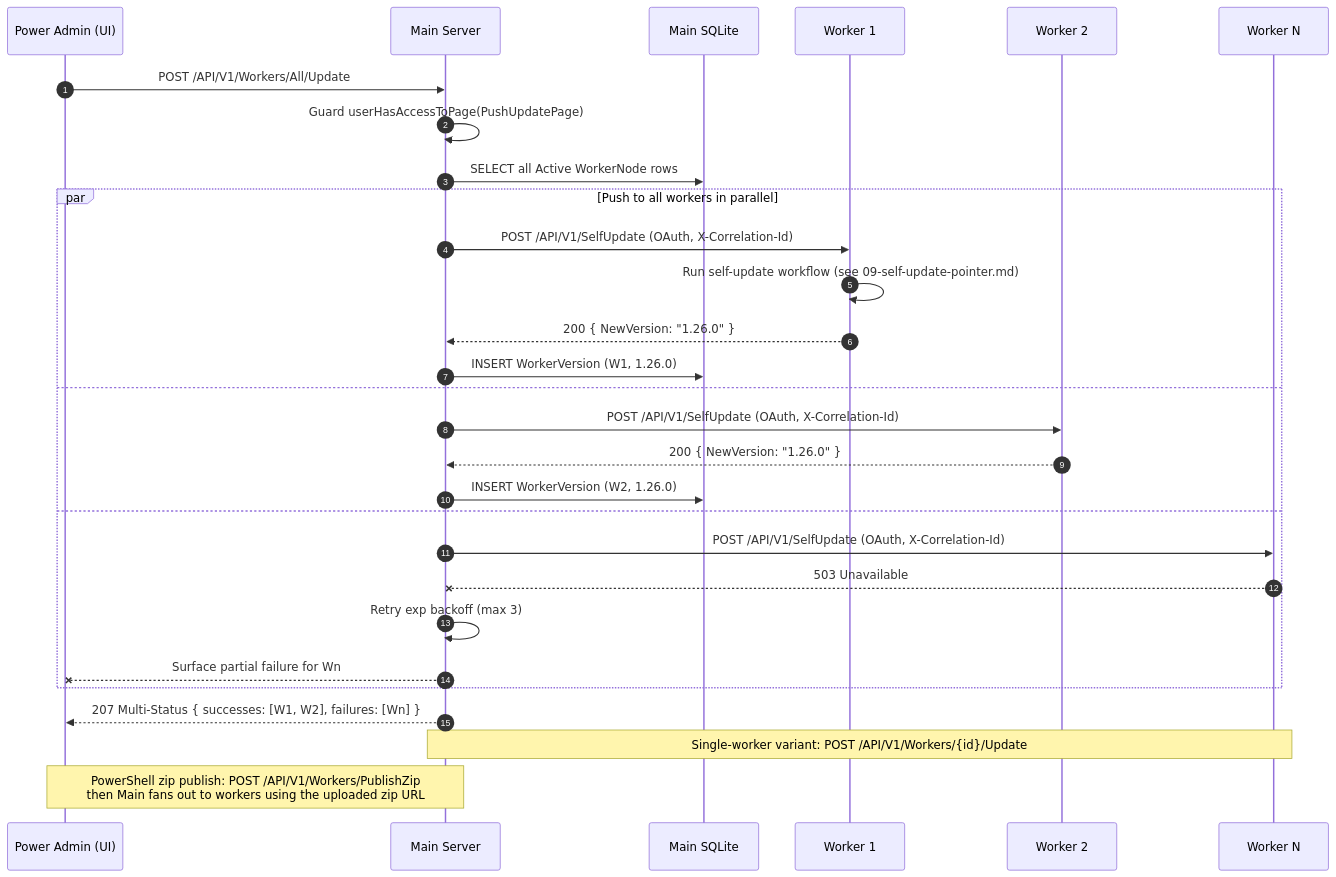
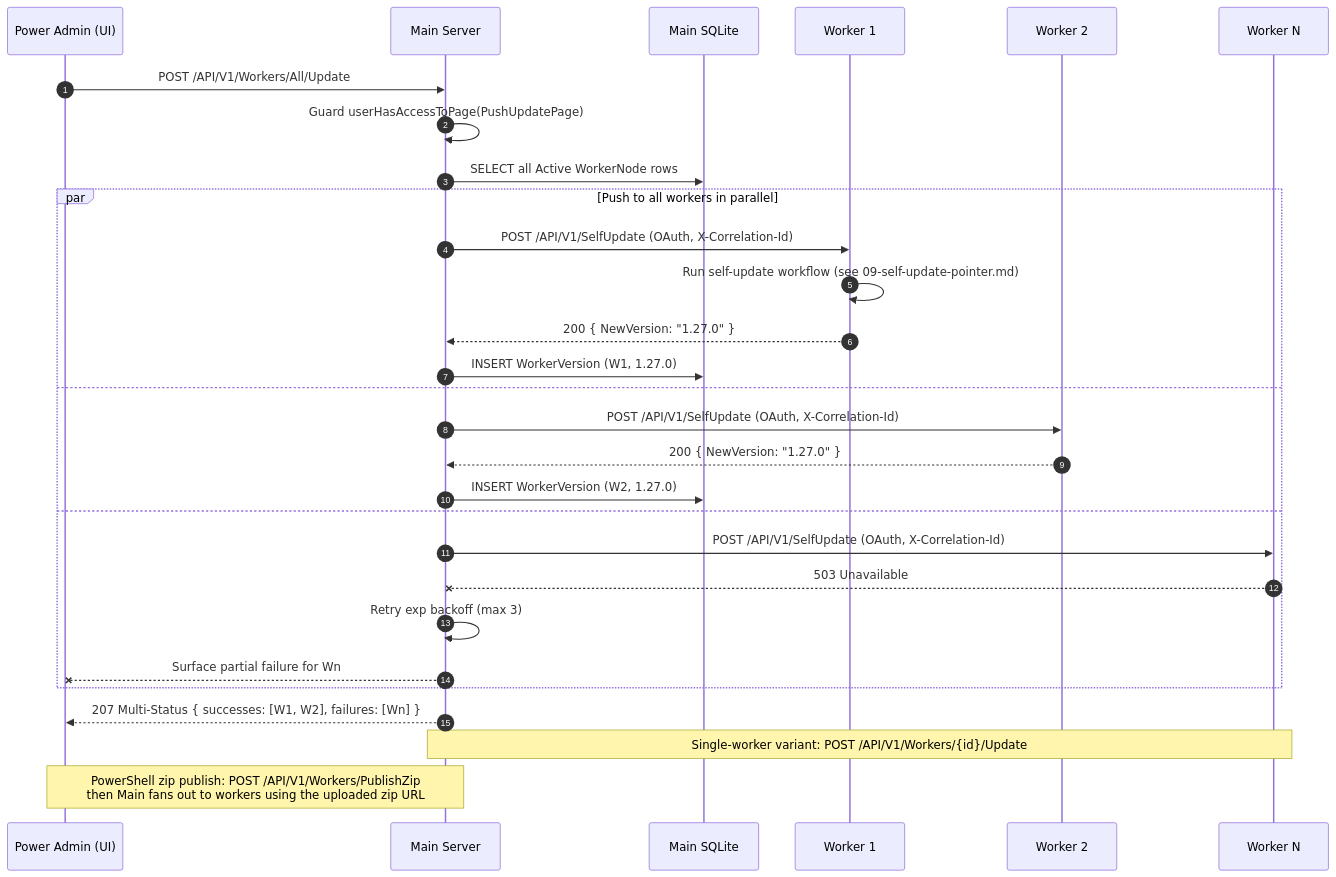
One commit to alimtvnetwork/prompt-architect-v2 changed the diagram in spec/19-main-worker-service/diagrams/seq-push-update.mmd. Above: the diagram before and after it, drawn with Mermaid. The commit also changed 13 other files, not shown here.

```diff
--- a/spec/19-main-worker-service/diagrams/seq-push-update.mmd
+++ b/spec/19-main-worker-service/diagrams/seq-push-update.mmd
@@ -1,43 +1,43 @@
 %% ==========================================================
 %% NON-AUTHORITATIVE PROJECTION
 %% ==========================================================
 %% Subject:        Power-Admin push-update fan-out
 %% Authoritative:  spec/14-update/28-worker-push-instruction.md + spec/19/15-tunable-constants.md
 %% Status:         Illustrative only. If this diagram disagrees
 %%                 with the authoritative spec(s) above, the
 %%                 spec wins and this file is the bug.
 %% Banner version: 1.0.0 (2026-05-04, audit fix #9)
 %% ==========================================================
 sequenceDiagram
     autonumber
     participant Admin as Power Admin (UI)
     participant Main as Main Server
     participant DB as Main SQLite
     participant W1 as Worker 1
     participant W2 as Worker 2
     participant Wn as Worker N
 
     Admin->>Main: POST /API/V1/Workers/All/Update
     Main->>Main: Guard userHasAccessToPage(PushUpdatePage)
     Main->>DB: SELECT all Active WorkerNode rows
 
     par Push to all workers in parallel
         Main->>W1: POST /API/V1/SelfUpdate (OAuth, X-Correlation-Id)
         W1->>W1: Run self-update workflow (see 09-self-update-pointer.md)
-        W1-->>Main: 200 { NewVersion: "1.26.0" }
-        Main->>DB: INSERT WorkerVersion (W1, 1.26.0)
+        W1-->>Main: 200 { NewVersion: "1.27.0" }
+        Main->>DB: INSERT WorkerVersion (W1, 1.27.0)
     and
         Main->>W2: POST /API/V1/SelfUpdate (OAuth, X-Correlation-Id)
-        W2-->>Main: 200 { NewVersion: "1.26.0" }
-        Main->>DB: INSERT WorkerVersion (W2, 1.26.0)
+        W2-->>Main: 200 { NewVersion: "1.27.0" }
+        Main->>DB: INSERT WorkerVersion (W2, 1.27.0)
     and
         Main->>Wn: POST /API/V1/SelfUpdate (OAuth, X-Correlation-Id)
         Wn--xMain: 503 Unavailable
         Main->>Main: Retry exp backoff (max 3)
         Main--xAdmin: Surface partial failure for Wn
     end
 
     Main-->>Admin: 207 Multi-Status { successes: [W1, W2], failures: [Wn] }
 
     Note over Main,Wn: Single-worker variant: POST /API/V1/Workers/{id}/Update
     Note over Admin,Main: PowerShell zip publish: POST /API/V1/Workers/PublishZip<br/>then Main fans out to workers using the uploaded zip URL
```
